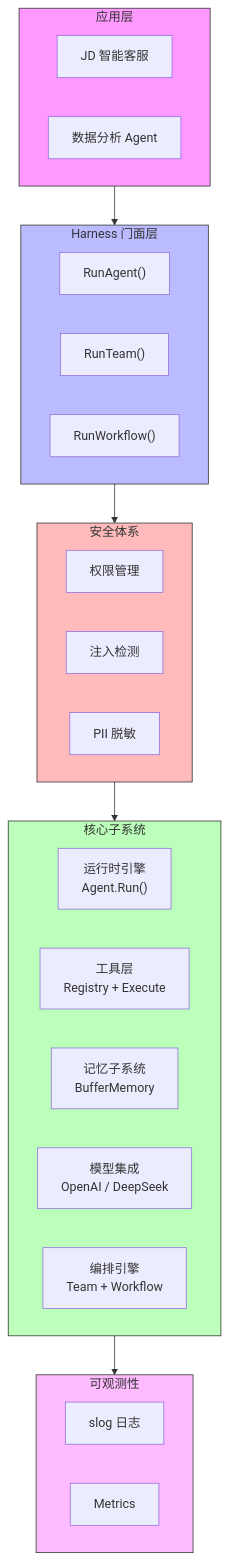
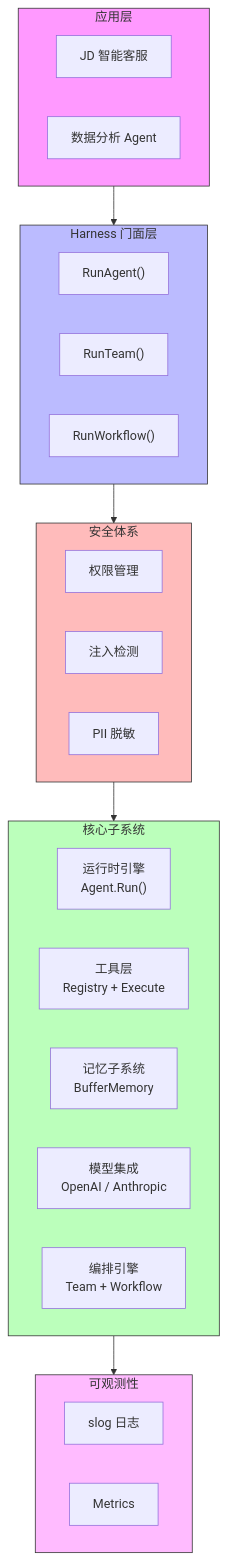
Before and after one commit to apexracing/tracklogic-agent: the first of 2 diagrams in docs/02-architecture.md, drawn with Mermaid. The commit also changed other lines of this file and 22 other files, not shown here.

````diff
--- a/docs/02-architecture.md
+++ b/docs/02-architecture.md
@@ -40,43 +40,43 @@
 ```mermaid
 graph TB
     subgraph APP["应用层"]
         JD["JD 智能客服"]
         DA["数据分析 Agent"]
     end
     
     subgraph FACADE["Harness 门面层"]
         RA["RunAgent()"]
         RT["RunTeam()"]
         RW["RunWorkflow()"]
     end
     
     subgraph CORE["核心子系统"]
         ENG["运行时引擎<br/>Agent.Run()"]
         TOOL["工具层<br/>Registry + Execute"]
         MEM["记忆子系统<br/>BufferMemory"]
-        MOD["模型集成<br/>OpenAI / DeepSeek"]
+        MOD["模型集成<br/>OpenAI / Anthropic"]
         ORCH["编排引擎<br/>Team + Workflow"]
     end
     
     subgraph SEC["安全体系"]
         PM["权限管理"]
         INJ["注入检测"]
         PII["PII 脱敏"]
     end
     
     subgraph OBS["可观测性"]
         LOG["slog 日志"]
         MET["Metrics"]
     end
     
     APP --> FACADE
     FACADE --> SEC
     SEC --> CORE
     CORE --> OBS
     
     style APP fill:#f9f,stroke:#333
     style FACADE fill:#bbf,stroke:#333
     style CORE fill:#bfb,stroke:#333
     style SEC fill:#fbb,stroke:#333
     style OBS fill:#fbf,stroke:#333
 ```
````
